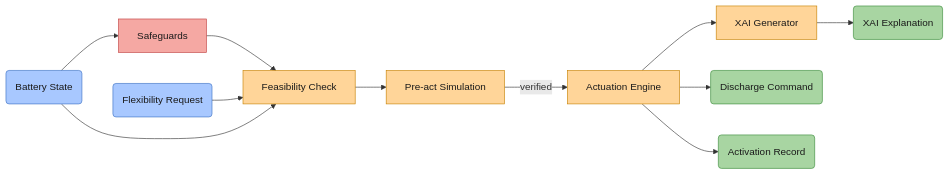
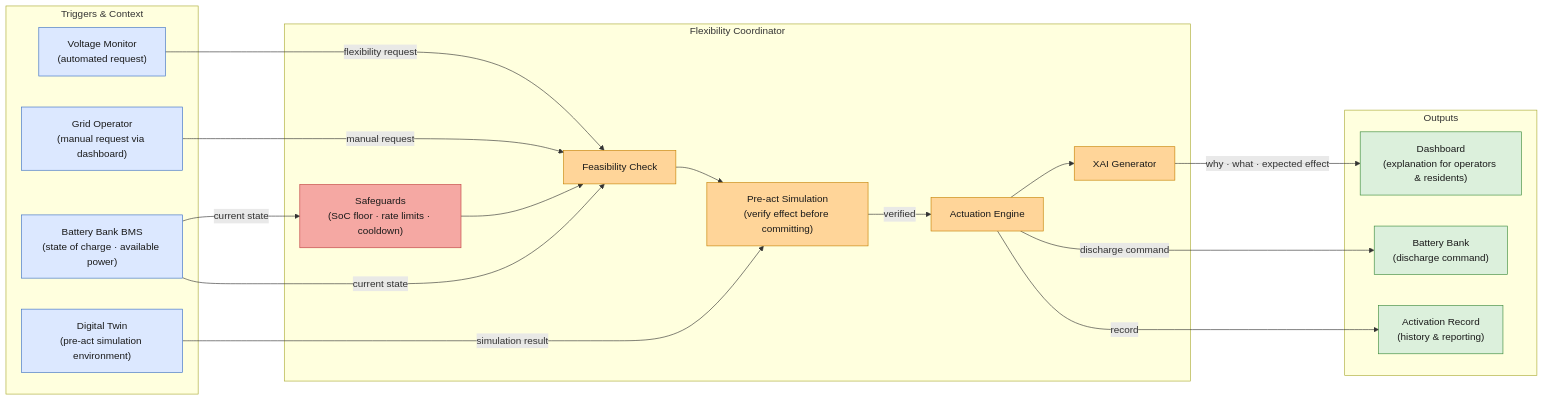
The sixth of 8 diagrams in Sa4CPS/UC4_Enabler_Diagrams.md (rafaeldpsilva/sa4cps-vault), drawn with Mermaid before and after one commit. The commit also changed other lines of this file, not shown here.

````diff
--- a/Sa4CPS/UC4_Enabler_Diagrams.md
+++ b/Sa4CPS/UC4_Enabler_Diagrams.md
@@ -199,38 +236,44 @@
 ```mermaid
 flowchart LR
 
-    classDef input  fill:#a8c8ff,stroke:#3a6fc4,color:#1a1a1a
-    classDef proc   fill:#ffd599,stroke:#c68000,color:#1a1a1a
-    classDef guard  fill:#f5a8a3,stroke:#c04040,color:#1a1a1a
-    classDef output fill:#a8d5a2,stroke:#3a8a3a,color:#1a1a1a
+    classDef src   fill:#dce8ff,stroke:#3a6fc4,color:#1a1a1a
+    classDef guard fill:#f5a8a3,stroke:#c04040,color:#1a1a1a
+    classDef proc  fill:#ffd599,stroke:#c68000,color:#1a1a1a
+    classDef dst   fill:#dcf0dc,stroke:#3a8a3a,color:#1a1a1a
 
-    FR("Flexibility Request")
-    BS("Battery State")
+    subgraph SRC["Triggers & Context"]
+        VM["Voltage Monitor\n(automated request)"]
+        OP["Grid Operator\n(manual request via dashboard)"]
+        BMS["Battery Bank BMS\n(state of charge · available power)"]
+        DT["Digital Twin\n(pre-act simulation environment)"]
+    end
 
-    SG["Safeguards"]
-    FC["Feasibility Check"]
-    PS["Pre-act Simulation"]
-    AE["Actuation Engine"]
-    XG["XAI Generator"]
+    subgraph EN["Flexibility Coordinator"]
+        SG["Safeguards\n(SoC floor · rate limits · cooldown)"]
+        FC["Feasibility Check"]
+        PS["Pre-act Simulation\n(verify effect before committing)"]
+        AE["Actuation Engine"]
+        XG["XAI Generator"]
+        SG --> FC --> PS -->|verified| AE --> XG
+    end
 
-    SG --> FC
-    FC --> PS
-    PS -->|verified| AE
-    AE --> XG
+    subgraph DST["Outputs"]
+        BAT["Battery Bank\n(discharge command)"]
+        DASH["Dashboard\n(explanation for operators & residents)"]
+        LOG["Activation Record\n(history & reporting)"]
+    end
 
-    DC("Discharge Command")
-    EX("XAI Explanation")
-    AR("Activation Record")
+    VM  -->|flexibility request| FC
+    OP  -->|manual request| FC
+    BMS -->|current state| SG
+    BMS -->|current state| FC
+    DT  -->|simulation result| PS
+    AE  -->|discharge command| BAT
+    XG  -->|why · what · expected effect| DASH
+    AE  -->|record| LOG
 
-    FR --> FC
-    BS --> FC
-    BS --> SG
-    AE --> DC
-    XG --> EX
-    AE --> AR
-
-    class FR,BS input
+    class VM,OP,BMS,DT src
+    class SG guard
     class FC,PS,AE,XG proc
-    class SG guard
-    class DC,EX,AR output
+    class BAT,DASH,LOG dst
 ```
````
